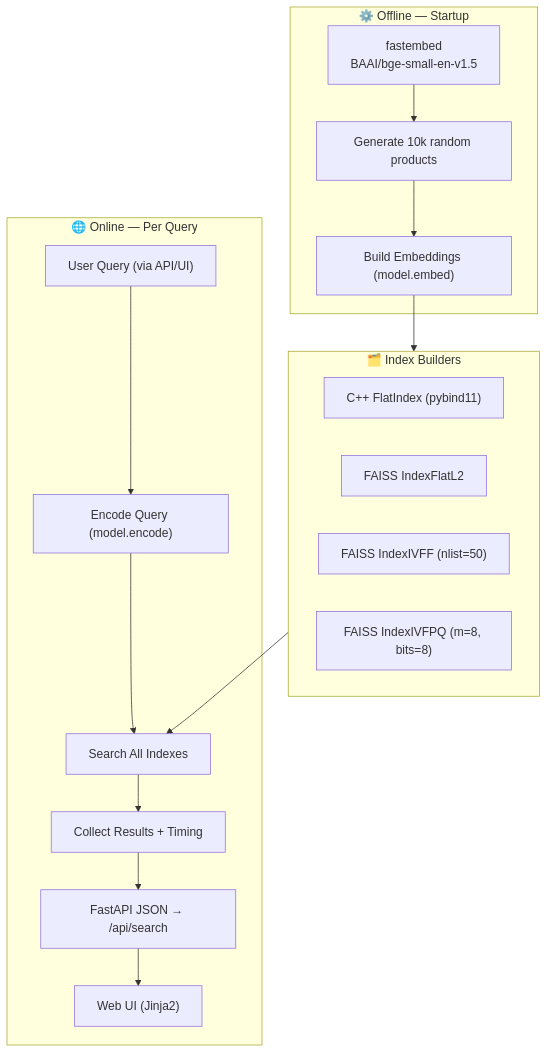
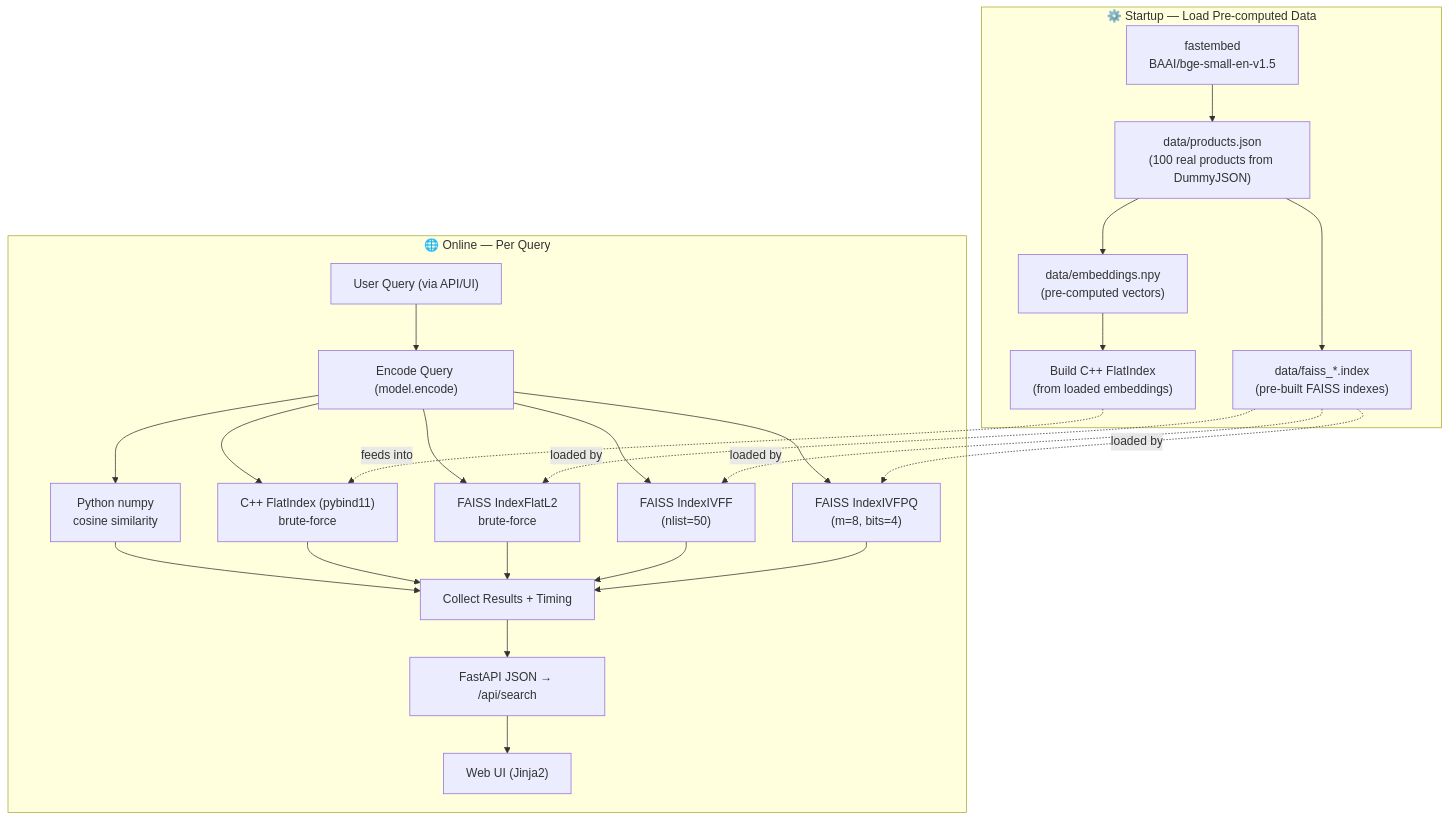
The first of 3 diagrams in README.md (modaralgayal/Semantic-Search-Engine), drawn with Mermaid before and after one commit. The commit also changed other lines of this file, not shown here.

````diff
--- a/README.md
+++ b/README.md
@@ -18,31 +18,31 @@
 ```mermaid
 flowchart TD
-    subgraph OFFLINE["⚙️ Offline — Startup"]
+    subgraph OFFLINE["⚙️ Startup — Load Pre-computed Data"]
         A["fastembed<br/>BAAI/bge-small-en-v1.5"]
-        B["Generate 10k random products"]
-        C["Build Embeddings (model.embed)"]
-        A --> B --> C
+        B["data/products.json<br/>(100 real products from DummyJSON)"]
+        C1["data/embeddings.npy<br/>(pre-computed vectors)"]
+        C2["data/faiss_*.index<br/>(pre-built FAISS indexes)"]
+        D["Build C++ FlatIndex<br/>(from loaded embeddings)"]
+        A --> B --> C1 --> D
+        B --> C2
     end
 
-    subgraph INDEXES["🗂️ Index Builders"]
-        D1["C++ FlatIndex (pybind11)"]
-        D2["FAISS IndexFlatL2"]
-        D3["FAISS IndexIVFF (nlist=50)"]
-        D4["FAISS IndexIVFPQ (m=8, bits=8)"]
+    subgraph QUERY["🌐 Online — Per Query"]
+        E["User Query (via API/UI)"]
+        F["Encode Query (model.encode)"]
+        G1["Python numpy<br/>cosine similarity"]
+        G2["C++ FlatIndex (pybind11)<br/>brute-force"]
+        G3["FAISS IndexFlatL2<br/>brute-force"]
+        G4["FAISS IndexIVFF<br/>(nlist=50)"]
+        G5["FAISS IndexIVFPQ<br/>(m=8, bits=4)"]
+        H["Collect Results + Timing"]
+        I["FastAPI JSON → /api/search"]
+        J["Web UI (Jinja2)"]
+        E --> F
+        F --> G1 & G2 & G3 & G4 & G5
+        G1 & G2 & G3 & G4 & G5 --> H --> I --> J
     end
 
-    C --> INDEXES
-
-    subgraph ONLINE["🌐 Online — Per Query"]
-        F["User Query (via API/UI)"]
-        G["Encode Query (model.encode)"]
-        H["Search All Indexes"]
-        J["Collect Results + Timing"]
-        K["FastAPI JSON → /api/search"]
-        L["Web UI (Jinja2)"]
-        F --> G --> H
-        H --> J --> K --> L
-    end
-
-    INDEXES --> H
+    D -.->|feeds into| G2
+    C2 -.->|loaded by| G3 & G4 & G5
 ```
````
